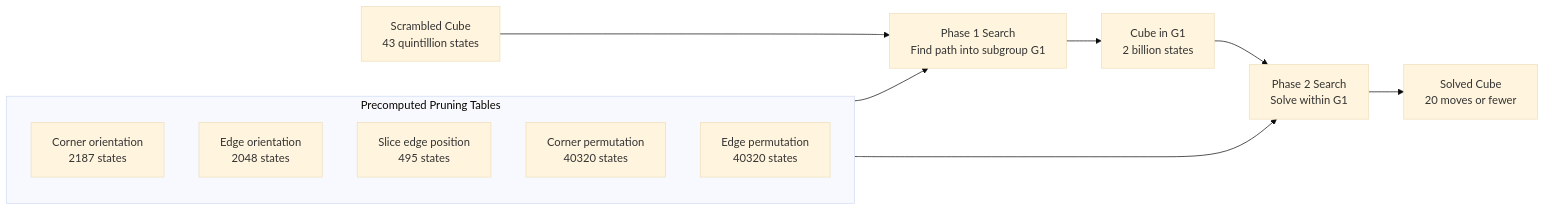
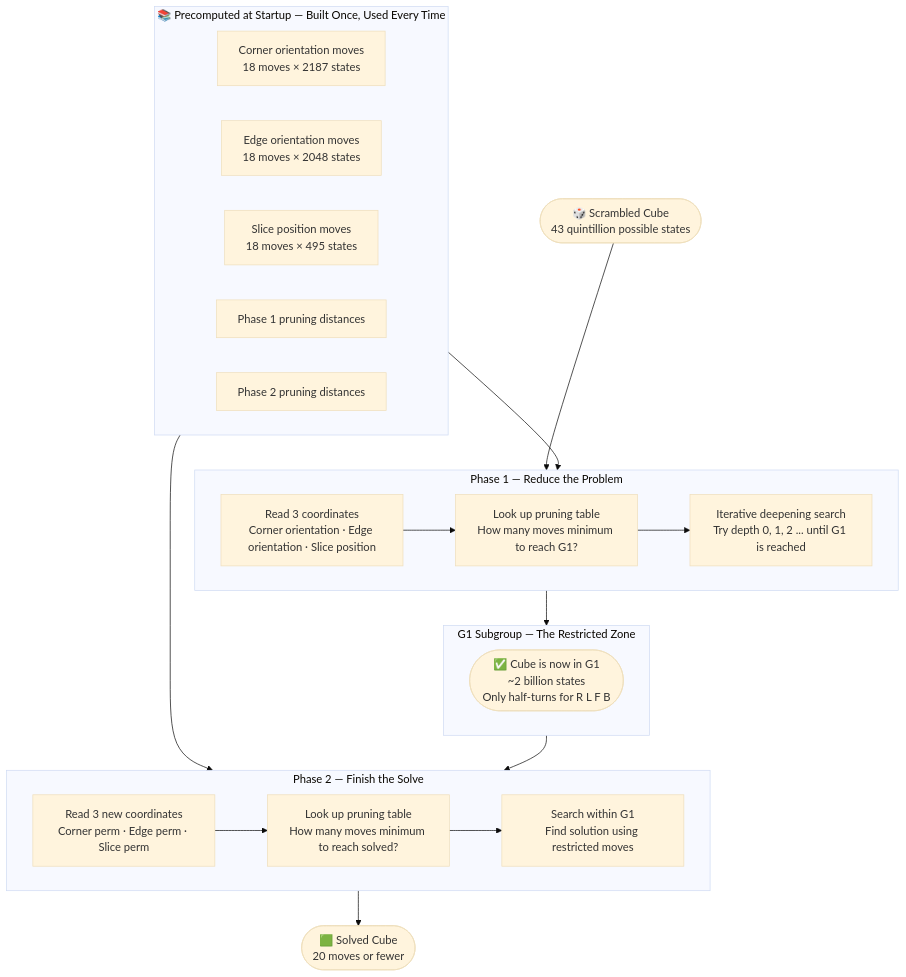
One commit to Sahibjeetpalsingh/RubiksCube-Solver-Java changed the first of 4 diagrams in README.md. Above: the diagram before and after it, drawn with Mermaid (base theme). The commit also changed other lines of this file, not shown here.

````diff
--- a/README.md
+++ b/README.md
@@ -35,19 +81,39 @@
 ```mermaid
-flowchart LR
-    Start["Scrambled Cube\n43 quintillion states"]
-    Start --> Phase1["Phase 1 Search\nFind path into subgroup G1"]
-    Phase1 --> G1["Cube in G1\n2 billion states"]
-    G1 --> Phase2["Phase 2 Search\nSolve within G1"]
-    Phase2 --> Solved["Solved Cube\n20 moves or fewer"]
+flowchart TD
+    Scrambled(["🎲 Scrambled Cube\n43 quintillion possible states"])
 
-    subgraph Tables["Precomputed Pruning Tables"]
-        T1["Corner orientation\n2187 states"]
-        T2["Edge orientation\n2048 states"]
-        T3["Slice edge position\n495 states"]
-        T4["Corner permutation\n40320 states"]
-        T5["Edge permutation\n40320 states"]
+    subgraph Phase1 ["Phase 1   — Reduce the Problem"]
+        P1A["Read 3 coordinates\nCorner orientation · Edge orientation · Slice position"]
+        P1B["Look up pruning table\nHow many moves minimum to reach G1?"]
+        P1C["Iterative deepening search\nTry depth 0, 1, 2 ... until G1 is reached"]
+        P1A --> P1B --> P1C
     end
 
+    subgraph G1Zone ["G1 Subgroup   — The Restricted Zone"]
+        G1(["✅ Cube is now in G1\n~2 billion states\nOnly half-turns for R L F B"])
+    end
+
+    subgraph Phase2 ["Phase 2   — Finish the Solve"]
+        P2A["Read 3 new coordinates\nCorner perm · Edge perm · Slice perm"]
+        P2B["Look up pruning table\nHow many moves minimum to reach solved?"]
+        P2C["Search within G1\nFind solution using restricted moves"]
+        P2A --> P2B --> P2C
+    end
+
+    subgraph Tables ["📚 Precomputed at Startup  — Built Once, Used Every Time"]
+        T1["Corner orientation moves\n18 moves × 2187 states"]
+        T2["Edge orientation moves\n18 moves × 2048 states"]
+        T3["Slice position moves\n18 moves × 495 states"]
+        T4["Phase 1 pruning distances"]
+        T5["Phase 2 pruning distances"]
+    end
+
+    Solved(["🟩 Solved Cube\n20 moves or fewer"])
+
+    Scrambled --> Phase1
     Tables --> Phase1
     Tables --> Phase2
+    Phase1 --> G1Zone
+    G1Zone --> Phase2
+    Phase2 --> Solved
 ```
````
